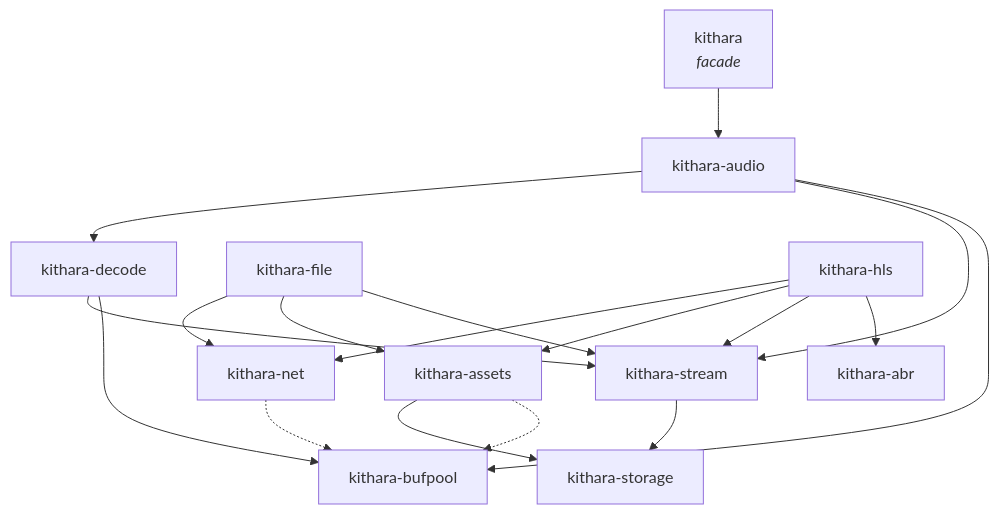
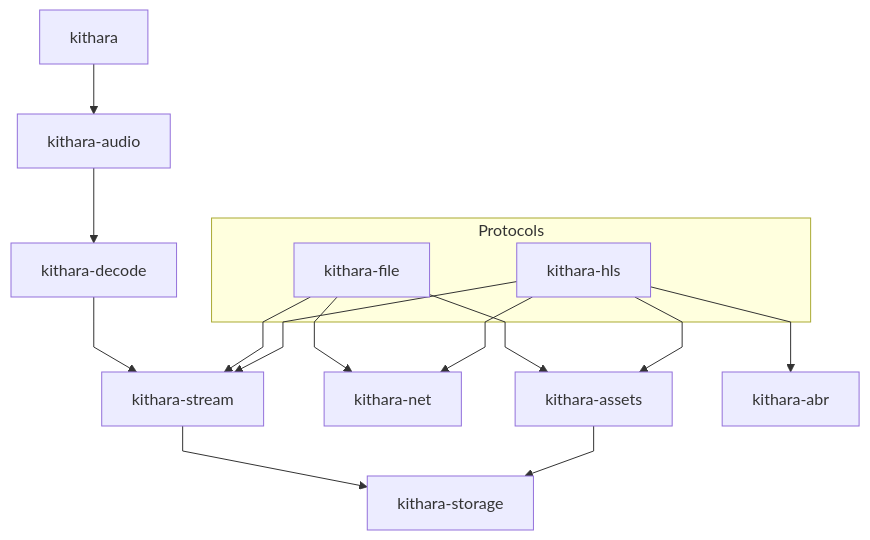
One commit to zvuk/kithara changed the diagram in README.md. Above: the diagram before and after it, drawn with Mermaid. The commit also changed 1 other file, not shown here.

Commit message:
Use straight lines and cleaner layout in Mermaid diagrams
- Add curve:linear to flowchart diagrams for straight connectors
- Group FILE/HLS into Protocols subgraph to reduce line crossings
- Move bufpool note to text (cross-cutting, not a direct dependency)

````diff
--- a/README.md
+++ b/README.md
@@ -16,25 +16,22 @@
 ```mermaid
+%%{init: {"flowchart": {"curve": "linear"}} }%%
 graph TD
-    K[kithara<br/><i>facade</i>] --> AU[kithara-audio]
+    K[kithara] --> AU[kithara-audio]
     AU --> DEC[kithara-decode]
-    AU --> STR[kithara-stream]
-    AU --> BP[kithara-bufpool]
-
-    DEC --> STR
-    DEC --> BP
-
+    DEC --> STR[kithara-stream]
     STR --> STOR[kithara-storage]
 
-    FILE[kithara-file] --> NET[kithara-net]
+    subgraph Protocols
+        FILE[kithara-file]
+        HLS[kithara-hls]
+    end
+
+    FILE --> NET[kithara-net]
     FILE --> ASSETS[kithara-assets]
     FILE --> STR
-
-    HLS[kithara-hls] --> NET
+    HLS --> NET
     HLS --> ASSETS
     HLS --> STR
     HLS --> ABR[kithara-abr]
-
     ASSETS --> STOR
-    NET -.-> BP
-    ASSETS -.-> BP
 ```
````
